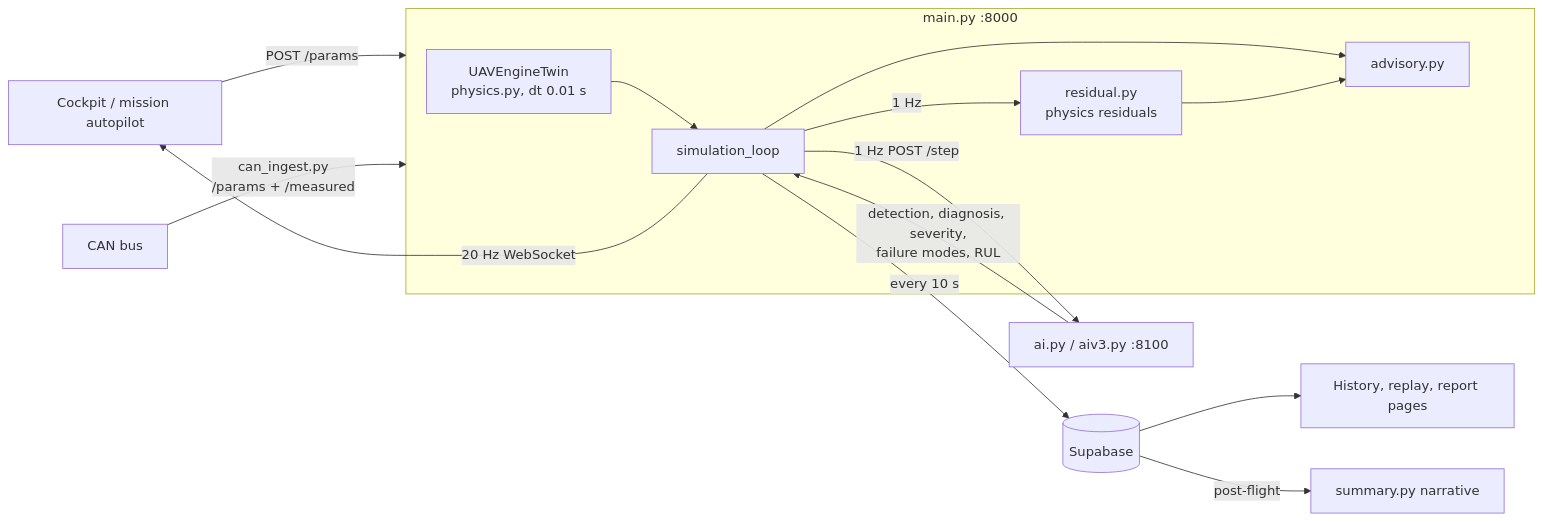
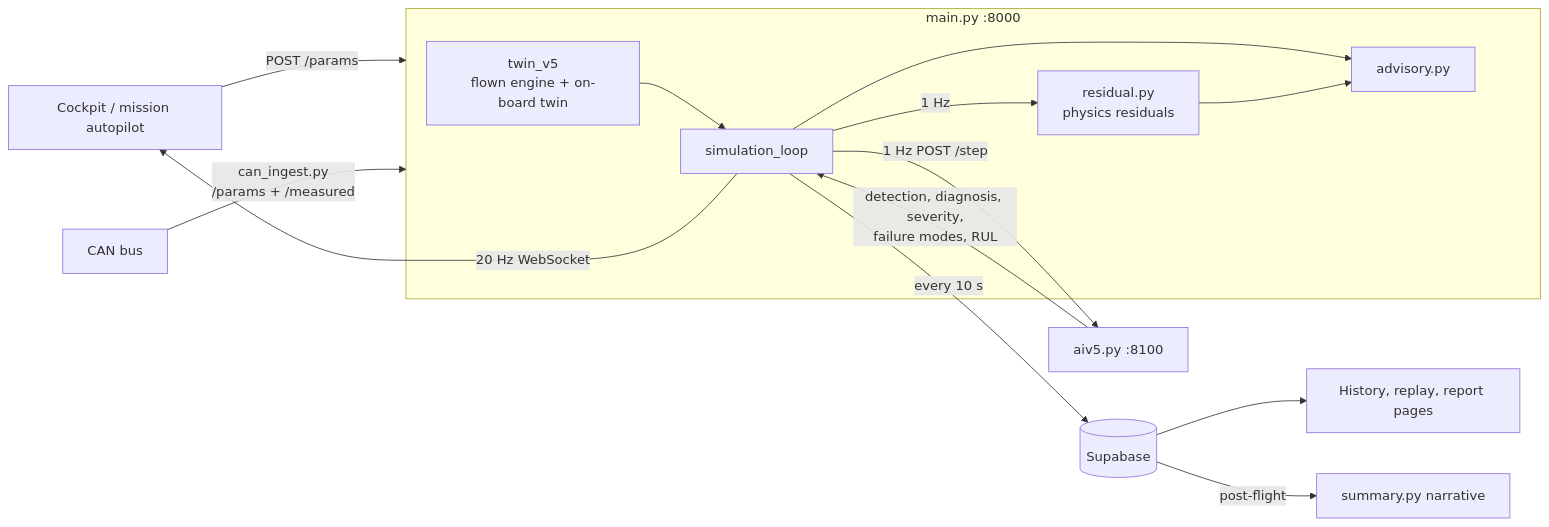
Before and after one commit to Harsh24856/Aero-Sim: the first of 3 diagrams in docs/architecture.md, drawn with Mermaid. The commit also changed other lines of this file, not shown here.

First line of the commit message:
docs(architecture): v5 is the default; one table for v2-v5

````diff
--- a/docs/architecture.md
+++ b/docs/architecture.md
@@ -22,17 +22,17 @@
 ```mermaid
 flowchart LR
   UI[Cockpit / mission autopilot] -- POST /params --> API
   CAN[CAN bus] -- can_ingest.py<br/>/params + /measured --> API
   subgraph API[main.py :8000]
-    TWIN[UAVEngineTwin<br/>physics.py, dt 0.01 s] --> LOOP[simulation_loop]
+    TWIN[twin_v5<br/>flown engine + on-board twin] --> LOOP[simulation_loop]
     LOOP -- 1 Hz --> RES[residual.py<br/>physics residuals]
     LOOP --> ADV[advisory.py]
     RES --> ADV
   end
-  LOOP -- 1 Hz POST /step --> AI[ai.py / aiv3.py :8100]
+  LOOP -- 1 Hz POST /step --> AI[aiv5.py :8100]
   AI -- detection, diagnosis, severity,<br/>failure modes, RUL --> LOOP
   LOOP -- 20 Hz WebSocket --> UI
   LOOP -- every 10 s --> DB[(Supabase)]
   DB --> HIST[History, replay, report pages]
   DB -- post-flight --> GROQ[summary.py narrative]
 ```
````
